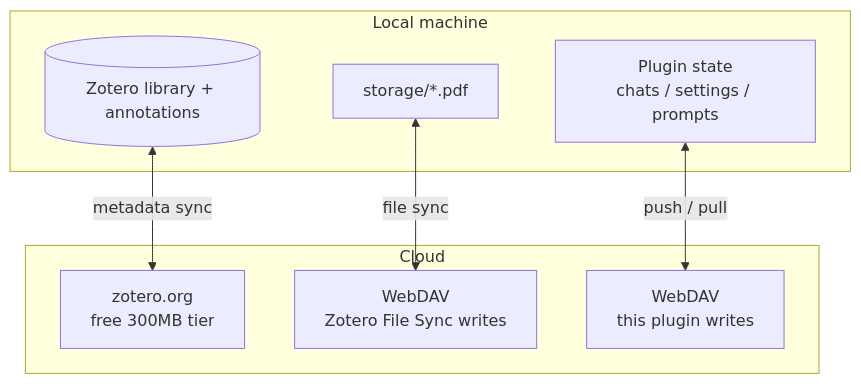
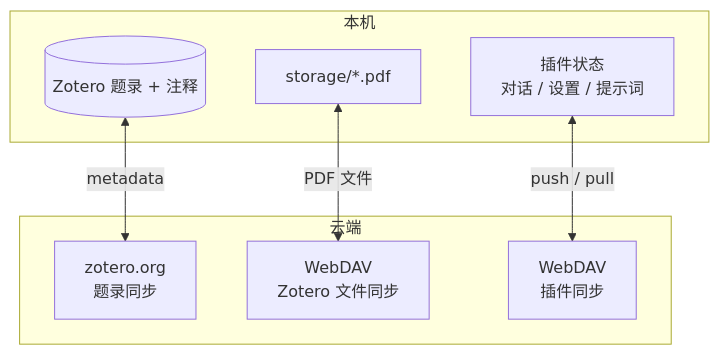
One commit to huangkiki/zotero-ai-sidebar changed the first of 2 diagrams in README.md. Above: the diagram before and after it, drawn with Mermaid. The commit also changed other lines of this file and 5 other files, not shown here.

````diff
--- a/README.md
+++ b/README.md
@@ -29,16 +111,16 @@
 ```mermaid
 flowchart TB
-    subgraph Local[Local machine]
-        Lib[(Zotero library + annotations)]
+    subgraph Local[本机]
+        Lib[(Zotero 题录 + 注释)]
         Storage[storage/*.pdf]
-        Plugin[Plugin state<br/>chats / settings / prompts]
+        Plugin[插件状态<br/>对话 / 设置 / 提示词]
     end
-    subgraph Cloud[Cloud]
-        ZS[zotero.org<br/>free 300MB tier]
-        WD1[WebDAV<br/>Zotero File Sync writes]
-        WD2[WebDAV<br/>this plugin writes]
+    subgraph Cloud[云端]
+        ZS[zotero.org<br/>题录同步]
+        WD1[WebDAV<br/>Zotero 文件同步]
+        WD2[WebDAV<br/>插件同步]
     end
-    Lib <-->|metadata sync| ZS
-    Storage <-->|file sync| WD1
+    Lib <-->|metadata| ZS
+    Storage <-->|PDF 文件| WD1
     Plugin <-->|push / pull| WD2
 ```
````
